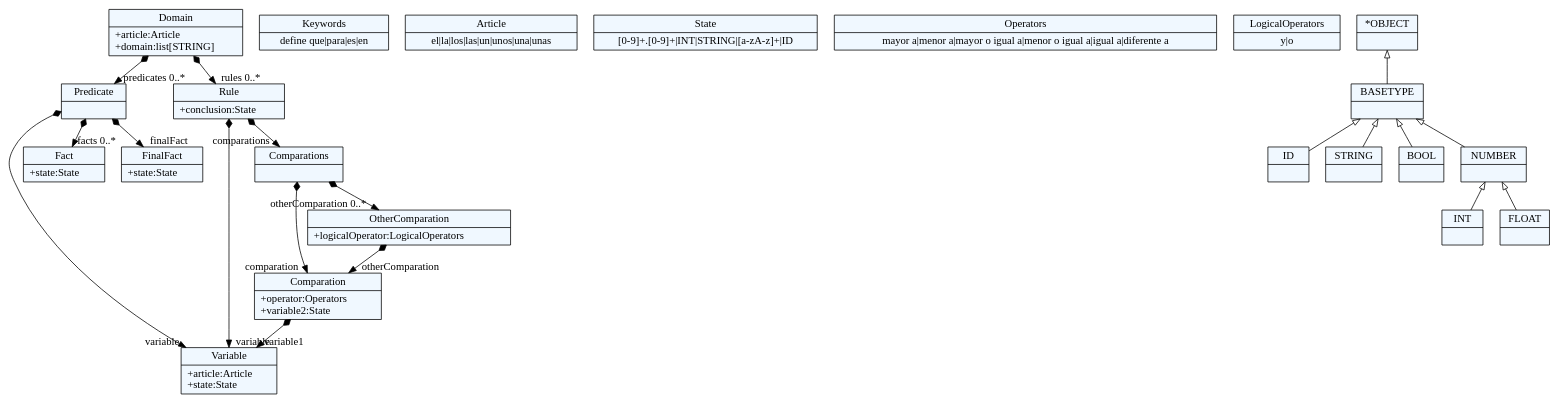
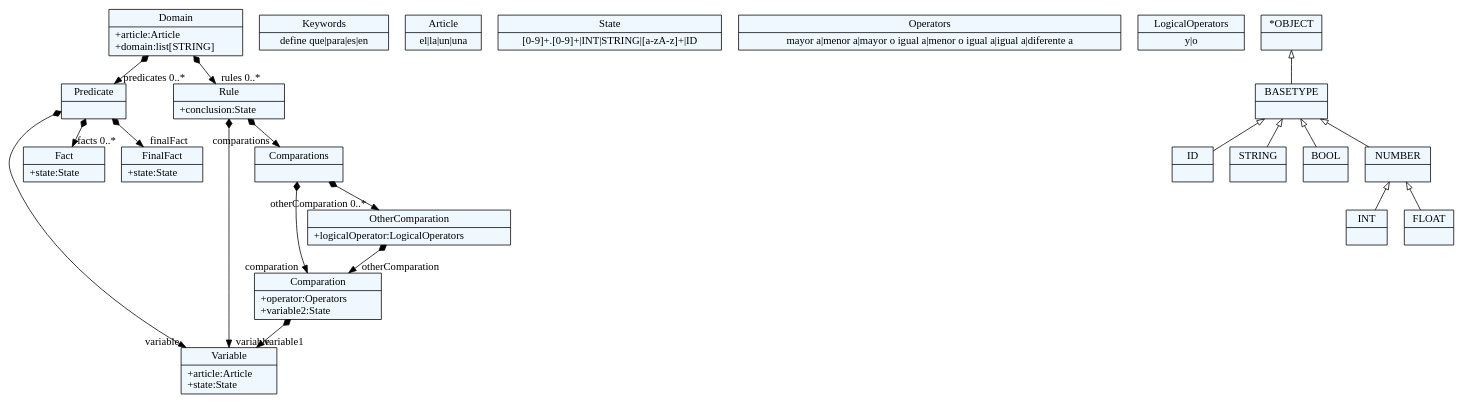
The diagram in gramatica.tx.dot (CarlosGutierrezArdila/DSL4UDRules), drawn with Graphviz before and after one commit. The commit also changed 7 other files, not shown here.

```diff
--- a/gramatica.tx.dot
+++ b/gramatica.tx.dot
@@ -1,77 +1,77 @@
 
     digraph xtext {
     fontname = "Bitstream Vera Sans"
     fontsize = 8
     node[
         shape=record,
         style=filled,
         fillcolor=aliceblue
     ]
     nodesep = 0.3
     edge[dir=black,arrowtail=empty]
 
 
-120561081528 -> 120561350152[arrowtail=diamond, dir=both, headlabel="predicates 0..*"]
-120561081528 -> 120561393576[arrowtail=diamond, dir=both, headlabel="rules 0..*"]
-120561081528[ label="{Domain|+article:Article\l+domain:list[STRING]\l}"]
+233749881224 -> 233750148664[arrowtail=diamond, dir=both, headlabel="predicates 0..*"]
+233749881224 -> 233750187608[arrowtail=diamond, dir=both, headlabel="rules 0..*"]
+233749881224[ label="{Domain|+article:Article\l+domain:list[STRING]\l}"]
 
-120561064920[ label="{Keywords|define que\|para\|es\|en}"]
+233749864616[ label="{Keywords|define que\|para\|es\|en}"]
 
-120561340264[ label="{Article|el\|la\|los\|las\|un\|unos\|una\|unas}"]
+233750138776[ label="{Article|el\|la\|un\|una}"]
 
-120561345208[ label="{Variable|+article:Article\l+state:State\l}"]
+233750143720[ label="{Variable|+article:Article\l+state:State\l}"]
 
-120561350152 -> 120561345208[arrowtail=diamond, dir=both, headlabel="variable "]
-120561350152 -> 120561355096[arrowtail=diamond, dir=both, headlabel="facts 0..*"]
-120561350152 -> 120559125432[arrowtail=diamond, dir=both, headlabel="finalFact "]
-120561350152[ label="{Predicate|}"]
+233750148664 -> 233750143720[arrowtail=diamond, dir=both, headlabel="variable "]
+233750148664 -> 233750153608[arrowtail=diamond, dir=both, headlabel="facts 0..*"]
+233750148664 -> 233747923896[arrowtail=diamond, dir=both, headlabel="finalFact "]
+233750148664[ label="{Predicate|}"]
 
-120561355096[ label="{Fact|+state:State\l}"]
+233750153608[ label="{Fact|+state:State\l}"]
 
-120559125432[ label="{FinalFact|+state:State\l}"]
+233747923896[ label="{FinalFact|+state:State\l}"]
 
-120559130376[ label="{State|[0-9]+.[0-9]+\|INT\|STRING\|[a-zA-z]+\|ID}"]
+233747928840[ label="{State|[0-9]+.[0-9]+\|INT\|STRING\|[a-zA-z]+\|ID}"]
 
-120561358040[ label="{Operators|mayor a\|menor a\|mayor o igual a\|menor o igual a\|igual a\|diferente a}"]
+233750178072[ label="{Operators|mayor a\|menor a\|mayor o igual a\|menor o igual a\|igual a\|diferente a}"]
 
-120561343208 -> 120561345208[arrowtail=diamond, dir=both, headlabel="variable1 "]
-120561343208[ label="{Comparation|+operator:Operators\l+variable2:State\l}"]
+233750183016 -> 233750143720[arrowtail=diamond, dir=both, headlabel="variable1 "]
+233750183016[ label="{Comparation|+operator:Operators\l+variable2:State\l}"]
 
-120561132648[ label="{LogicalOperators|y\|o}"]
+233750146664[ label="{LogicalOperators|y\|o}"]
 
-120561382504 -> 120561343208[arrowtail=diamond, dir=both, headlabel="otherComparation "]
-120561382504[ label="{OtherComparation|+logicalOperator:LogicalOperators\l}"]
+233749870152 -> 233750183016[arrowtail=diamond, dir=both, headlabel="otherComparation "]
+233749870152[ label="{OtherComparation|+logicalOperator:LogicalOperators\l}"]
 
-120561388040 -> 120561343208[arrowtail=diamond, dir=both, headlabel="comparation "]
-120561388040 -> 120561382504[arrowtail=diamond, dir=both, headlabel="otherComparation 0..*"]
-120561388040[ label="{Comparations|}"]
+233750181016 -> 233750183016[arrowtail=diamond, dir=both, headlabel="comparation "]
+233750181016 -> 233749870152[arrowtail=diamond, dir=both, headlabel="otherComparation 0..*"]
+233750181016[ label="{Comparations|}"]
 
-120561393576 -> 120561388040[arrowtail=diamond, dir=both, headlabel="comparations "]
-120561393576 -> 120561345208[arrowtail=diamond, dir=both, headlabel="variable "]
-120561393576[ label="{Rule|+conclusion:State\l}"]
+233750187608 -> 233750181016[arrowtail=diamond, dir=both, headlabel="comparations "]
+233750187608 -> 233750143720[arrowtail=diamond, dir=both, headlabel="variable "]
+233750187608[ label="{Rule|+conclusion:State\l}"]
 
-120561061384[ label="{ID|}"]
+233749859848[ label="{ID|}"]
 
-120561066920[ label="{STRING|}"]
+233749866616[ label="{STRING|}"]
 
-120561072456[ label="{BOOL|}"]
+233749872152[ label="{BOOL|}"]
 
-120561077992[ label="{INT|}"]
+233749877688[ label="{INT|}"]
 
-120561083528[ label="{FLOAT|}"]
+233749883224[ label="{FLOAT|}"]
 
-120561134648[ label="{NUMBER|}"]
-120561134648 -> 120561083528 [dir=back]
-120561134648 -> 120561077992 [dir=back]
+233749934168[ label="{NUMBER|}"]
+233749934168 -> 233749883224 [dir=back]
+233749934168 -> 233749877688 [dir=back]
 
-120561139592[ label="{BASETYPE|}"]
-120561139592 -> 120561134648 [dir=back]
-120561139592 -> 120561072456 [dir=back]
-120561139592 -> 120561061384 [dir=back]
-120561139592 -> 120561066920 [dir=back]
+233749939704[ label="{BASETYPE|}"]
+233749939704 -> 233749934168 [dir=back]
+233749939704 -> 233749872152 [dir=back]
+233749939704 -> 233749859848 [dir=back]
+233749939704 -> 233749866616 [dir=back]
 
-120561145720[ label="{*OBJECT|}"]
-120561145720 -> 120561139592 [dir=back]
+233749945832[ label="{*OBJECT|}"]
+233749945832 -> 233749939704 [dir=back]
 
 
 }
```
